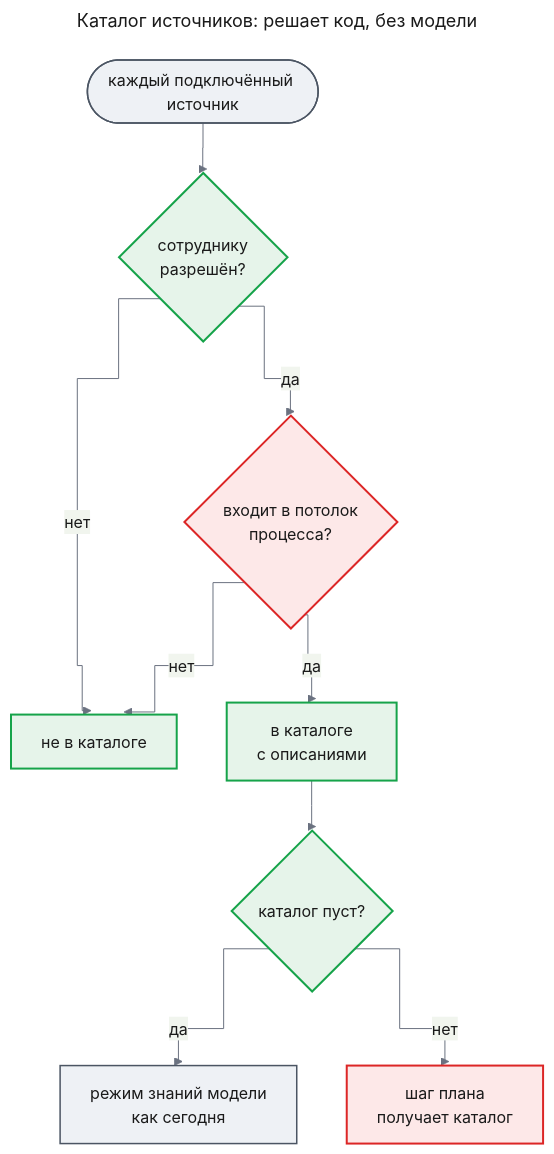
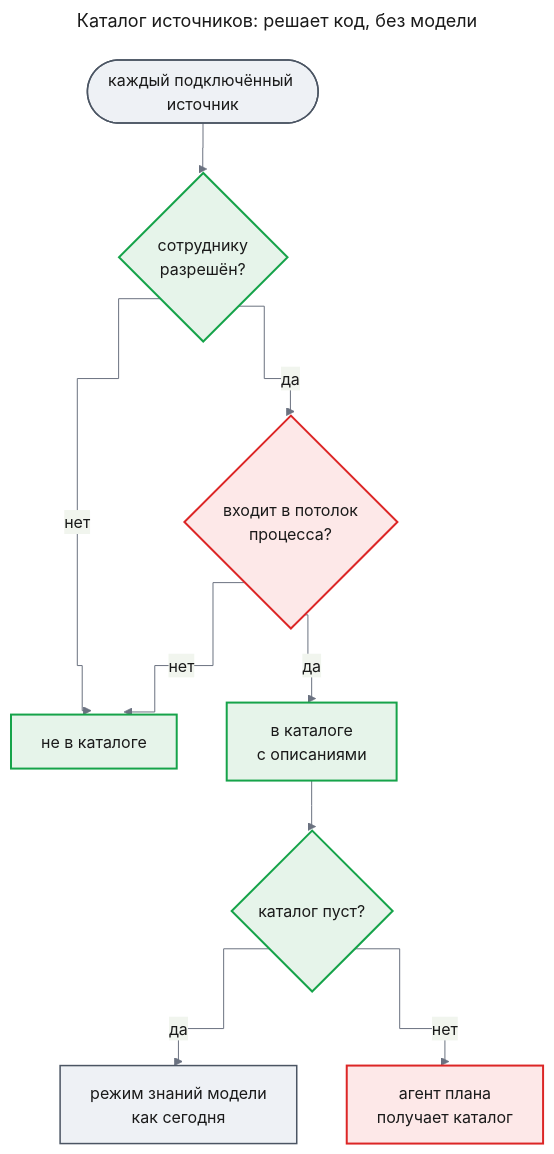
Before and after one commit to tundraray/agent-os: the fourth of 7 diagrams in docs/features/source-planning/prd.md, drawn with Mermaid. The commit also changed other lines of this file, not shown here.

````diff
--- a/docs/features/source-planning/prd.md
+++ b/docs/features/source-planning/prd.md
@@ -237,38 +255,38 @@
 ```mermaid
 ---
 title: "Каталог источников: решает код, без модели"
 config:
   theme: base
   look: classic
   themeVariables:
     primaryColor: "#eef1f5"
     primaryBorderColor: "#4b5563"
     primaryTextColor: "#1a1a1a"
     lineColor: "#6b7280"
   flowchart:
     curve: step
 ---
 flowchart TB
     src(["каждый подключённый источник"])
     q1{"сотруднику<br/>разрешён?"}
     q2{"входит в потолок<br/>процесса?"}
     out["не в каталоге"]
     cat["в каталоге<br/>с описаниями"]
     q3{"каталог пуст?"}
     mk["режим знаний модели<br/>как сегодня"]
-    plan["шаг плана<br/>получает каталог"]
+    plan["агент плана<br/>получает каталог"]
     src --> q1
     q1 -->|"нет"| out
     q1 -->|"да"| q2
     q2 -->|"нет"| out
     q2 -->|"да"| cat
     cat --> q3
     q3 -->|"да"| mk
     q3 -->|"нет"| plan
     classDef new fill:#e6f4ea,stroke:#16a34a,stroke-width:2px,color:#1a1a1a
     classDef changed fill:#fde8e8,stroke:#dc2626,stroke-width:2px,color:#1a1a1a
     classDef unchanged fill:#eef1f5,stroke:#4b5563,stroke-width:1.5px,color:#1a1a1a
     class q1,out,cat,q3 new
     class q2,plan changed
     class src,mk unchanged
 ```
````
